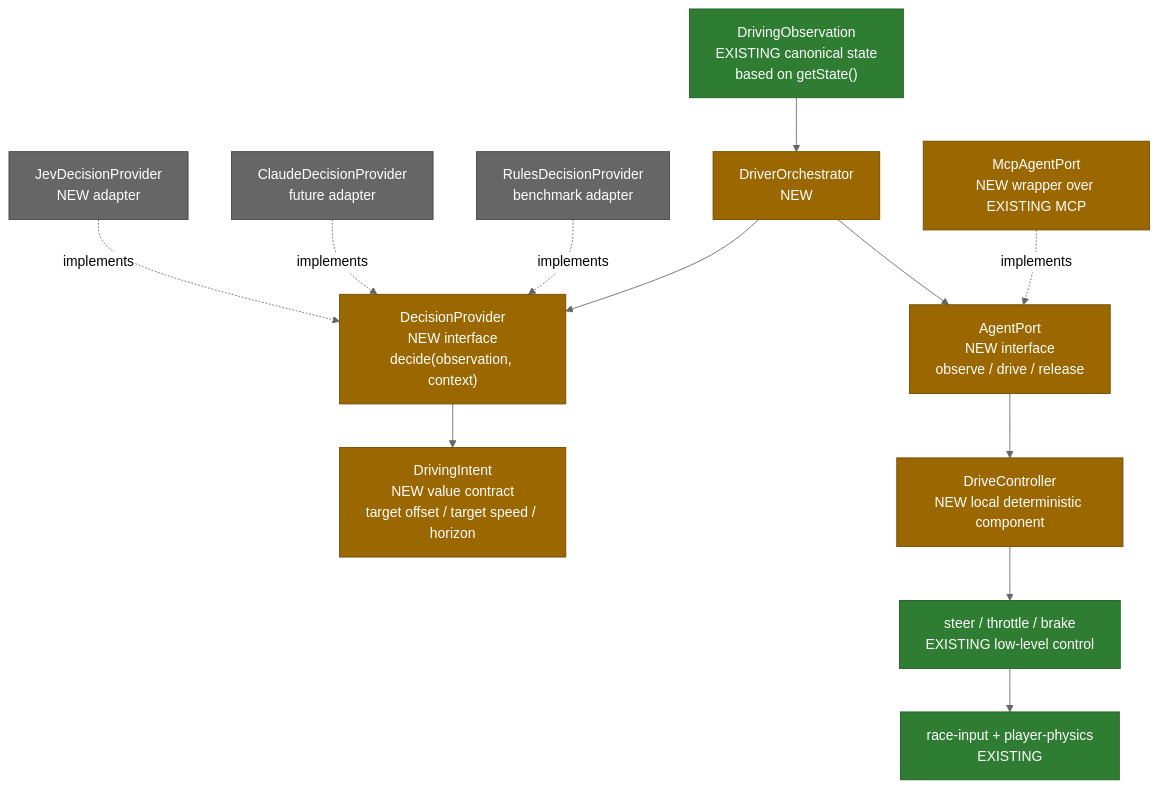
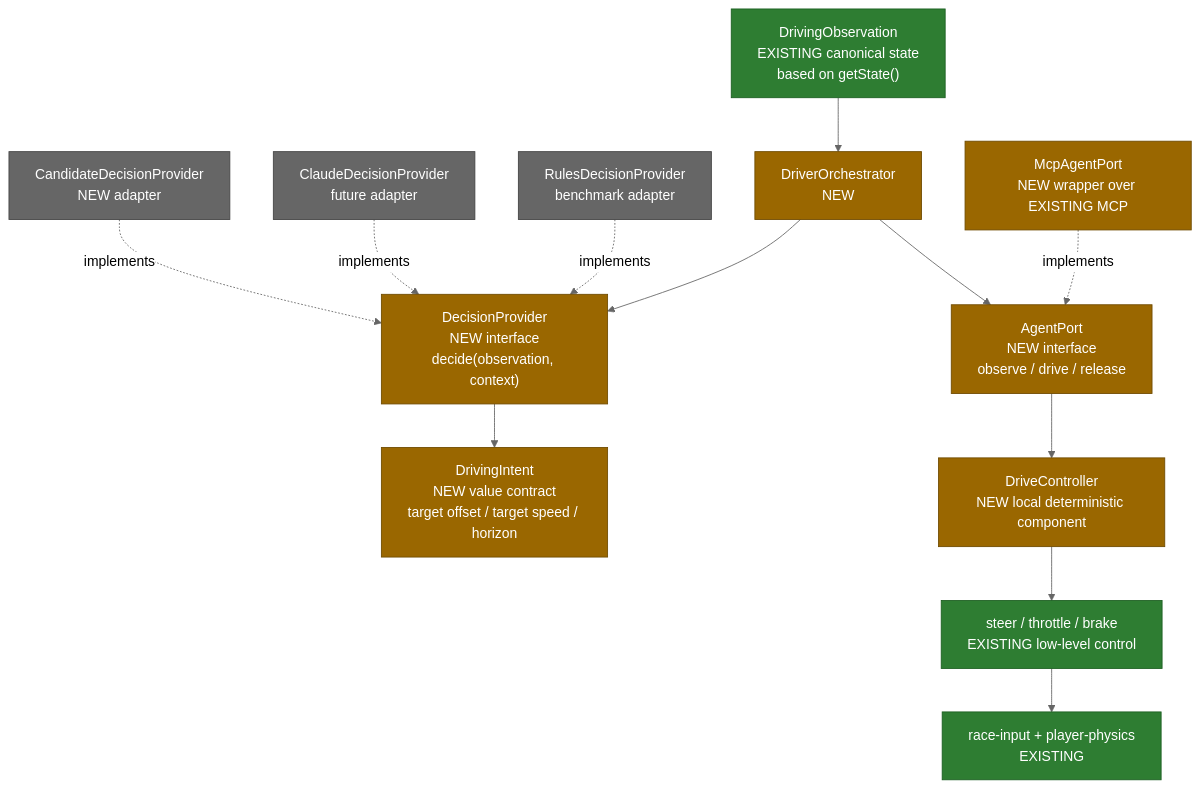
One commit to ottobit/f1-racer changed the third of 8 diagrams in .knowledge/wiki/synthesis/c4-decision-driver.md. Above: the diagram before and after it, drawn with Mermaid (neutral theme). The commit also changed other lines of this file, not shown here.

````diff
--- a/.knowledge/wiki/synthesis/c4-decision-driver.md
+++ b/.knowledge/wiki/synthesis/c4-decision-driver.md
@@ -113,33 +113,33 @@
 ```mermaid
 flowchart TB
   observation["DrivingObservation<br/>EXISTING canonical state<br/>based on getState()"]:::existing
 
   base["DecisionProvider<br/>NEW interface<br/>decide(observation, context)"]:::new
-  jev["JevDecisionProvider<br/>NEW adapter"]:::external
+  jev["CandidateDecisionProvider<br/>NEW adapter"]:::external
   claude["ClaudeDecisionProvider<br/>future adapter"]:::external
   rules["RulesDecisionProvider<br/>benchmark adapter"]:::external
 
   intent["DrivingIntent<br/>NEW value contract<br/>target offset / target speed / horizon"]:::new
   orchestrator["DriverOrchestrator<br/>NEW"]:::new
   agentPort["AgentPort<br/>NEW interface<br/>observe / drive / release"]:::new
   mcpPort["McpAgentPort<br/>NEW wrapper over EXISTING MCP"]:::new
   controller["DriveController<br/>NEW local deterministic component"]:::new
   low["steer / throttle / brake<br/>EXISTING low-level control"]:::existing
   physics["race-input + player-physics<br/>EXISTING"]:::existing
 
   observation --> orchestrator
   orchestrator --> base
   base --> intent
   jev -. "implements" .-> base
   claude -. "implements" .-> base
   rules -. "implements" .-> base
   orchestrator --> agentPort
   mcpPort -. "implements" .-> agentPort
   agentPort --> controller
   controller --> low
   low --> physics
 
   classDef existing fill:#2e7d32,color:#fff,stroke:#1b5e20
   classDef new fill:#9a6700,color:#fff,stroke:#6f4b00
   classDef external fill:#666,color:#fff,stroke:#444
 ```
````
